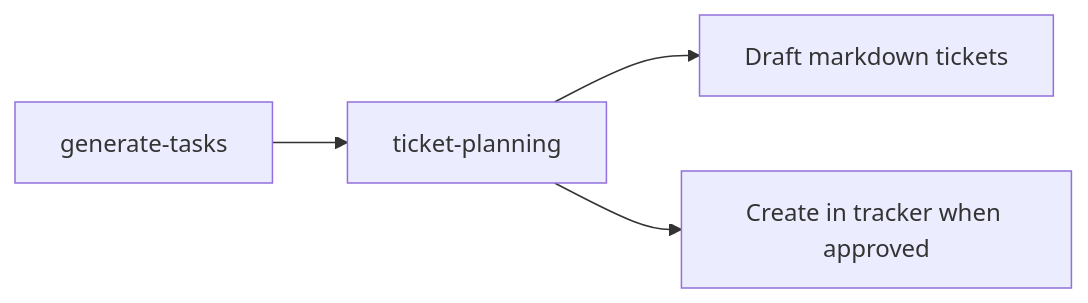
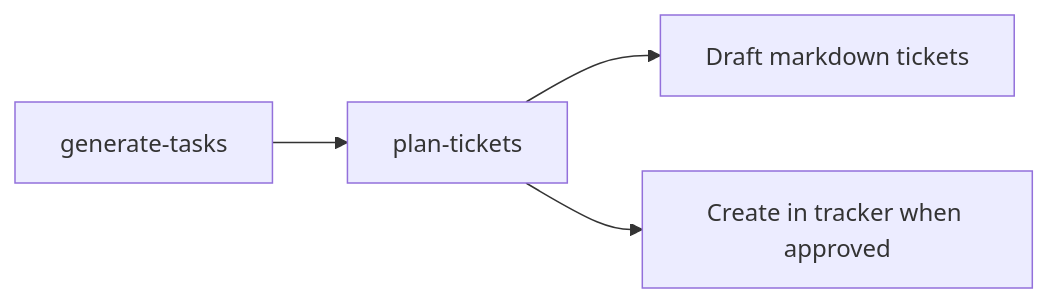
The fourth of 17 diagrams in docs/workflow-guide.md (igmarin/my-RoR-personal-skills), drawn with Mermaid before and after one commit. The commit also changed other lines of this file and 295 other files, not shown here.

First line of the commit message:
Refactor names flows (#57)

````diff
--- a/docs/workflow-guide.md
+++ b/docs/workflow-guide.md
@@ -271,6 +271,6 @@
 ```mermaid
 flowchart LR
-    D[generate-tasks] --> J[ticket-planning]
+    D[generate-tasks] --> J[plan-tickets]
     J --> K[Draft markdown tickets]
     J --> L[Create in tracker when approved]
 ```
````
